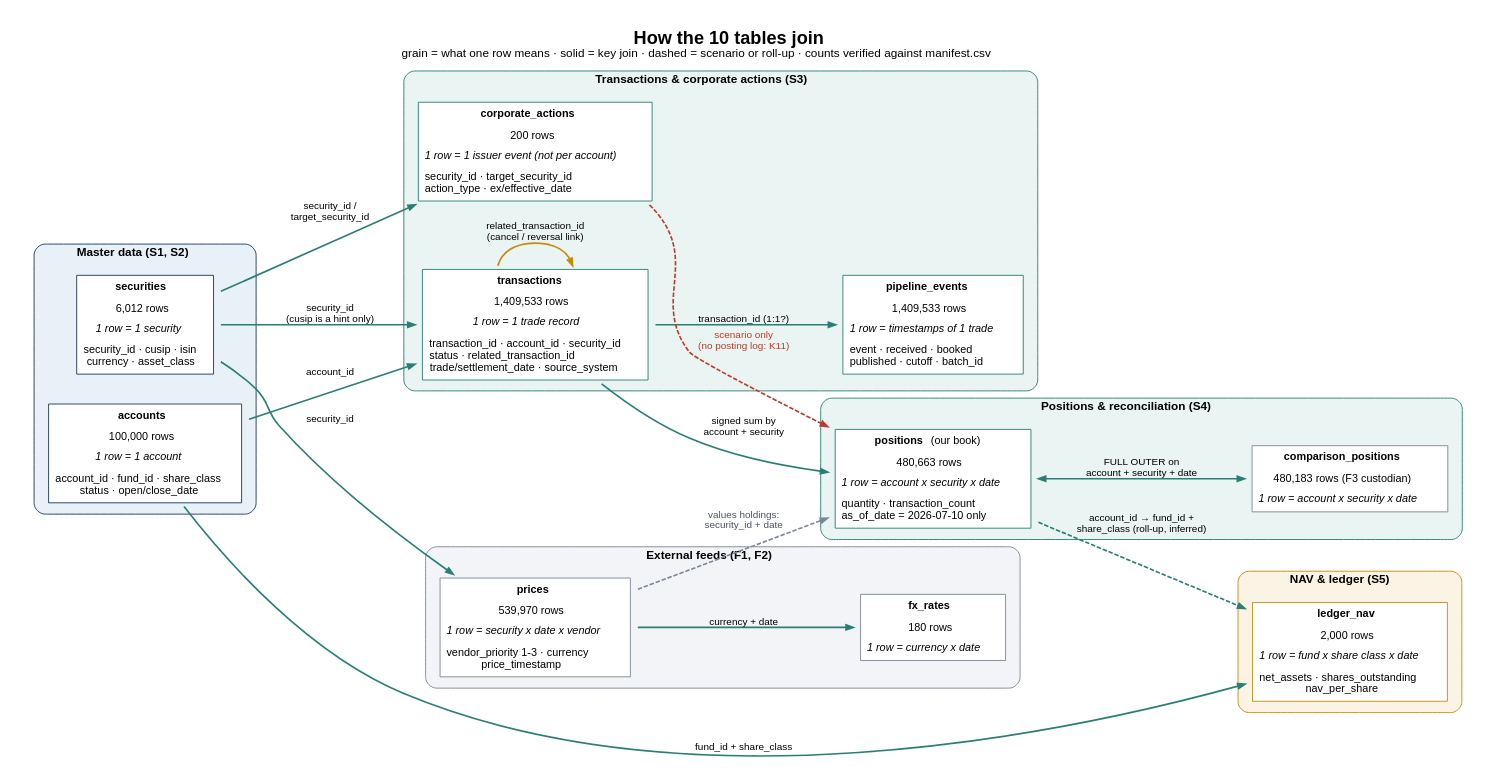
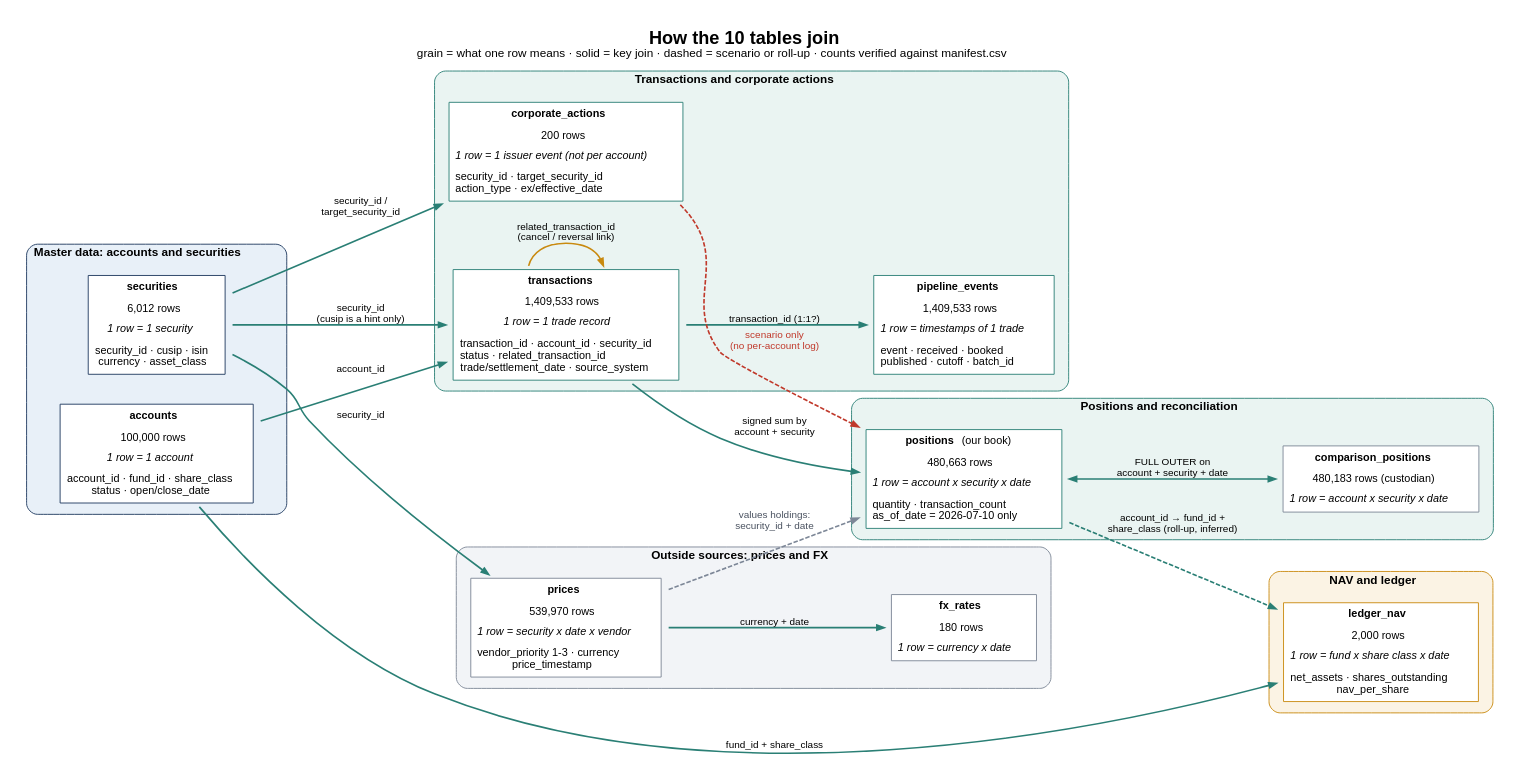
One commit to KevinRusu/BC-State-Street-Case-Competition changed the diagram in docs/figures/src/fig_lineage.dot. Above: the diagram before and after it, drawn with Graphviz. The commit also changed 25 other files, not shown here.

```diff
--- a/docs/figures/src/fig_lineage.dot
+++ b/docs/figures/src/fig_lineage.dot
@@ -1,41 +1,41 @@
 digraph lineage {
   graph [rankdir=LR, fontname="Helvetica", fontsize=20, labelloc=t, nodesep=0.35, ranksep=0.9, pad=0.3, bgcolor="white",
          label=<<b>How the 10 tables join</b><br/><font point-size="13">grain = what one row means · solid = key join · dashed = scenario or roll-up · counts verified against manifest.csv</font>>];
   node  [shape=plaintext, fontname="Helvetica", fontsize=12];
   edge  [fontname="Helvetica", fontsize=11, color="#2A7F75", penwidth=1.8, arrowsize=0.8];
 
-  subgraph cluster_master { label=<<b>Master data (S1, S2)</b>>; style="rounded,filled"; fillcolor="#E8F0F8"; color="#1F3A5F"; fontsize=13;
+  subgraph cluster_master { label=<<b>Master data: accounts and securities</b>>; style="rounded,filled"; fillcolor="#E8F0F8"; color="#1F3A5F"; fontsize=13;
     accounts   [label=<<table border="1" cellborder="0" cellpadding="4" bgcolor="white" color="#1F3A5F"><tr><td><b>accounts</b></td></tr><tr><td>100,000 rows</td></tr><tr><td><i>1 row = 1 account</i></td></tr><tr><td align="left">account_id · fund_id · share_class<br align="left"/>status · open/close_date</td></tr></table>>];
     securities [label=<<table border="1" cellborder="0" cellpadding="4" bgcolor="white" color="#1F3A5F"><tr><td><b>securities</b></td></tr><tr><td>6,012 rows</td></tr><tr><td><i>1 row = 1 security</i></td></tr><tr><td align="left">security_id · cusip · isin<br align="left"/>currency · asset_class</td></tr></table>>];
   }
-  subgraph cluster_txn { label=<<b>Transactions &amp; corporate actions (S3)</b>>; style="rounded,filled"; fillcolor="#EAF4F2"; color="#2A7F75"; fontsize=13;
+  subgraph cluster_txn { label=<<b>Transactions and corporate actions</b>>; style="rounded,filled"; fillcolor="#EAF4F2"; color="#2A7F75"; fontsize=13;
     transactions [label=<<table border="1" cellborder="0" cellpadding="4" bgcolor="white" color="#2A7F75"><tr><td><b>transactions</b></td></tr><tr><td>1,409,533 rows</td></tr><tr><td><i>1 row = 1 trade record</i></td></tr><tr><td align="left">transaction_id · account_id · security_id<br align="left"/>status · related_transaction_id<br align="left"/>trade/settlement_date · source_system</td></tr></table>>];
     pipeline [label=<<table border="1" cellborder="0" cellpadding="4" bgcolor="white" color="#2A7F75"><tr><td><b>pipeline_events</b></td></tr><tr><td>1,409,533 rows</td></tr><tr><td><i>1 row = timestamps of 1 trade</i></td></tr><tr><td align="left">event · received · booked<br align="left"/>published · cutoff · batch_id</td></tr></table>>];
     ca [label=<<table border="1" cellborder="0" cellpadding="4" bgcolor="white" color="#2A7F75"><tr><td><b>corporate_actions</b></td></tr><tr><td>200 rows</td></tr><tr><td><i>1 row = 1 issuer event (not per account)</i></td></tr><tr><td align="left">security_id · target_security_id<br align="left"/>action_type · ex/effective_date</td></tr></table>>];
   }
-  subgraph cluster_pos { label=<<b>Positions &amp; reconciliation (S4)</b>>; style="rounded,filled"; fillcolor="#EAF4F2"; color="#2A7F75"; fontsize=13;
+  subgraph cluster_pos { label=<<b>Positions and reconciliation</b>>; style="rounded,filled"; fillcolor="#EAF4F2"; color="#2A7F75"; fontsize=13;
     positions [label=<<table border="1" cellborder="0" cellpadding="4" bgcolor="white" color="#2A7F75"><tr><td><b>positions</b> (our book)</td></tr><tr><td>480,663 rows</td></tr><tr><td><i>1 row = account x security x date</i></td></tr><tr><td align="left">quantity · transaction_count<br align="left"/>as_of_date = 2026-07-10 only</td></tr></table>>];
-    cmp [label=<<table border="1" cellborder="0" cellpadding="4" bgcolor="white" color="#7D8797"><tr><td><b>comparison_positions</b></td></tr><tr><td>480,183 rows (F3 custodian)</td></tr><tr><td><i>1 row = account x security x date</i></td></tr></table>>];
+    cmp [label=<<table border="1" cellborder="0" cellpadding="4" bgcolor="white" color="#7D8797"><tr><td><b>comparison_positions</b></td></tr><tr><td>480,183 rows (custodian)</td></tr><tr><td><i>1 row = account x security x date</i></td></tr></table>>];
   }
-  subgraph cluster_feeds { label=<<b>External feeds (F1, F2)</b>>; style="rounded,filled"; fillcolor="#F2F4F7"; color="#7D8797"; fontsize=13;
+  subgraph cluster_feeds { label=<<b>Outside sources: prices and FX</b>>; style="rounded,filled"; fillcolor="#F2F4F7"; color="#7D8797"; fontsize=13;
     prices [label=<<table border="1" cellborder="0" cellpadding="4" bgcolor="white" color="#7D8797"><tr><td><b>prices</b></td></tr><tr><td>539,970 rows</td></tr><tr><td><i>1 row = security x date x vendor</i></td></tr><tr><td align="left">vendor_priority 1-3 · currency<br align="left"/>price_timestamp</td></tr></table>>];
     fx [label=<<table border="1" cellborder="0" cellpadding="4" bgcolor="white" color="#7D8797"><tr><td><b>fx_rates</b></td></tr><tr><td>180 rows</td></tr><tr><td><i>1 row = currency x date</i></td></tr></table>>];
   }
-  subgraph cluster_nav { label=<<b>NAV &amp; ledger (S5)</b>>; style="rounded,filled"; fillcolor="#FBF3E4"; color="#C98A10"; fontsize=13;
+  subgraph cluster_nav { label=<<b>NAV and ledger</b>>; style="rounded,filled"; fillcolor="#FBF3E4"; color="#C98A10"; fontsize=13;
     nav [label=<<table border="1" cellborder="0" cellpadding="4" bgcolor="white" color="#C98A10"><tr><td><b>ledger_nav</b></td></tr><tr><td>2,000 rows</td></tr><tr><td><i>1 row = fund x share class x date</i></td></tr><tr><td align="left">net_assets · shares_outstanding<br align="left"/>nav_per_share</td></tr></table>>];
   }
 
   accounts -> transactions [label="account_id"];
   securities -> transactions [label="security_id\n(cusip is a hint only)"];
   transactions -> pipeline [label="transaction_id (1:1?)"];
   transactions -> transactions [label="related_transaction_id\n(cancel / reversal link)", color="#C98A10"];
   securities -> ca [label="security_id /\ntarget_security_id"];
   transactions -> positions [label="signed sum by\naccount + security"];
-  ca -> positions [label="scenario only\n(no posting log: K11)", style=dashed, color="#C0392B", fontcolor="#C0392B"];
+  ca -> positions [label="scenario only\n(no per-account log)", style=dashed, color="#C0392B", fontcolor="#C0392B"];
   positions -> cmp [label="FULL OUTER on\naccount + security + date", dir=both];
   securities -> prices [label="security_id"];
   prices -> fx [label="currency + date"];
   prices -> positions [label="values holdings:\nsecurity_id + date", style=dashed, color="#7D8797", fontcolor="#4A5260"];
   positions -> nav [label="account_id → fund_id +\nshare_class (roll-up, inferred)", style=dashed];
   accounts -> nav [label="fund_id + share_class"];
 }
```
